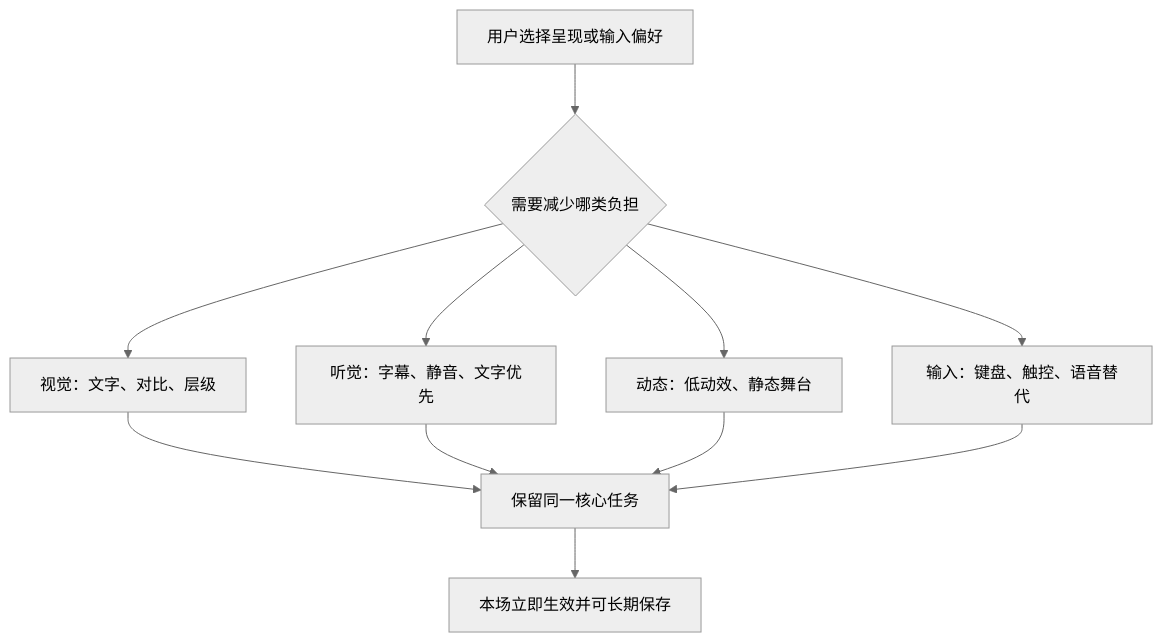
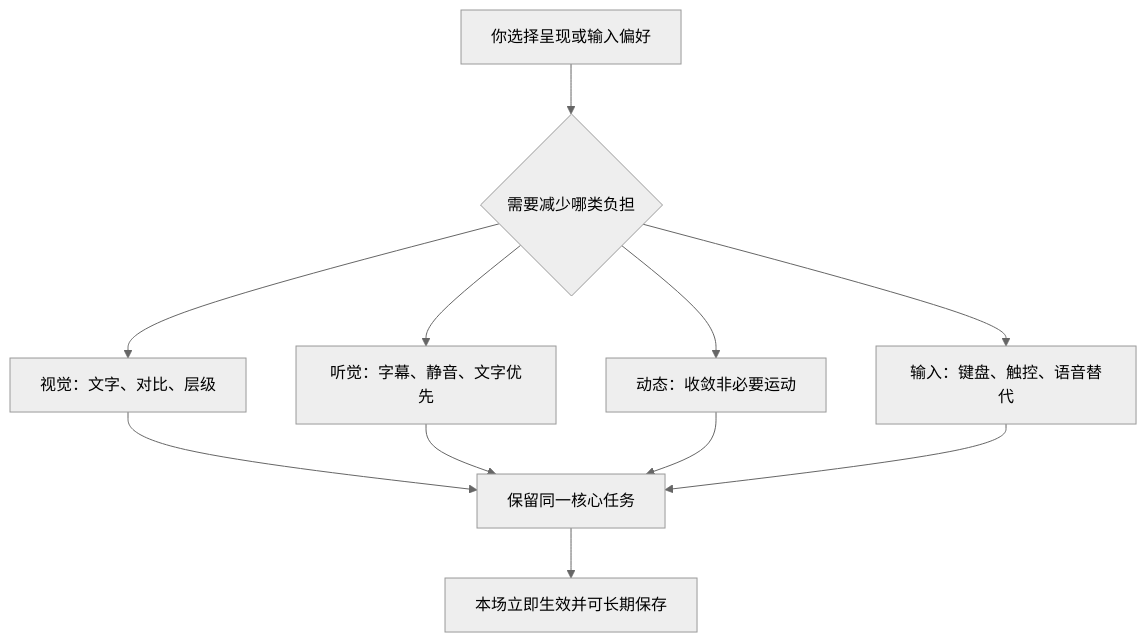
The third of 3 diagrams in docs/球球全套资料/4.产品设计/35-偏好、设置与无障碍设计.md (weiz98417-crypto/qiuqiu), drawn with Mermaid (neutral theme) before and after one commit. The commit also changed other lines of this file and 49 other files, not shown here.

````diff
--- a/docs/球球全套资料/4.产品设计/35-偏好、设置与无障碍设计.md
+++ b/docs/球球全套资料/4.产品设计/35-偏好、设置与无障碍设计.md
@@ -292,13 +239,13 @@
 ```mermaid
 flowchart TD
-    A[用户选择呈现或输入偏好] --> B{需要减少哪类负担}
+    A[你选择呈现或输入偏好] --> B{需要减少哪类负担}
     B --> C[视觉：文字、对比、层级]
     B --> D[听觉：字幕、静音、文字优先]
-    B --> E[动态：低动效、静态舞台]
+    B --> E[动态：收敛非必要运动]
     B --> F[输入：键盘、触控、语音替代]
     C --> G[保留同一核心任务]
     D --> G
     E --> G
     F --> G
     G --> H[本场立即生效并可长期保存]
 ```
````
